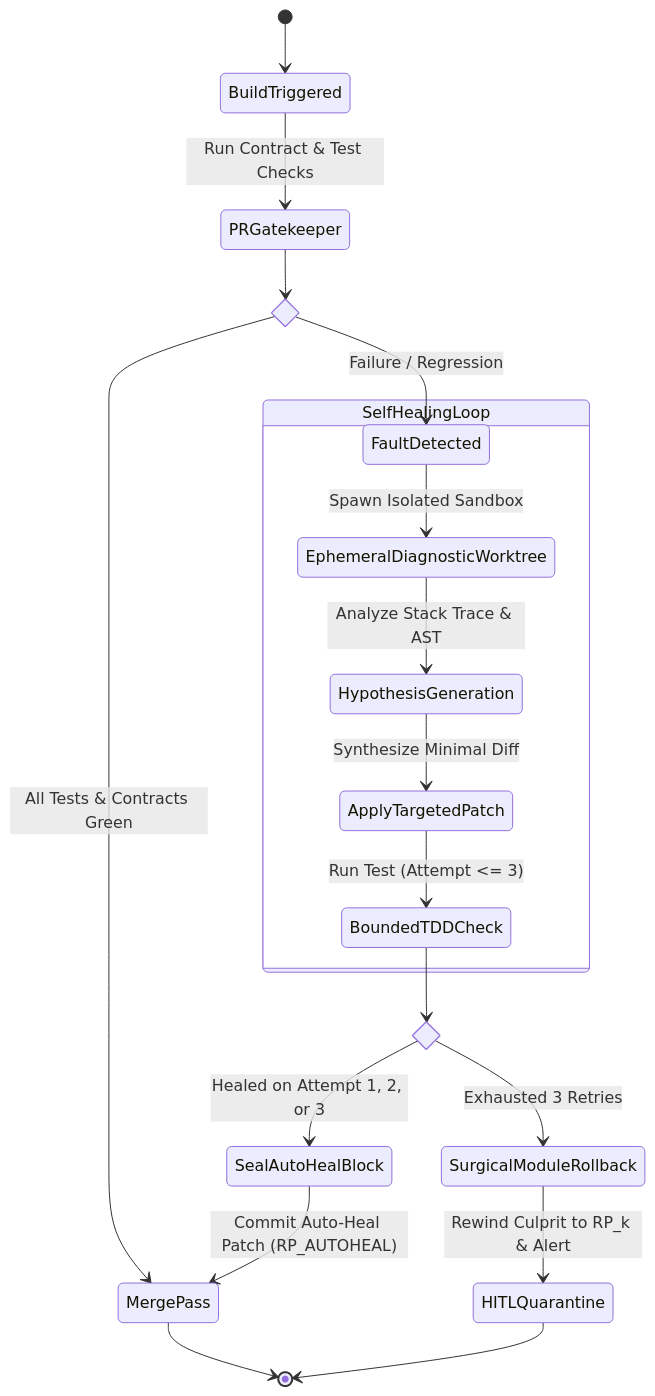
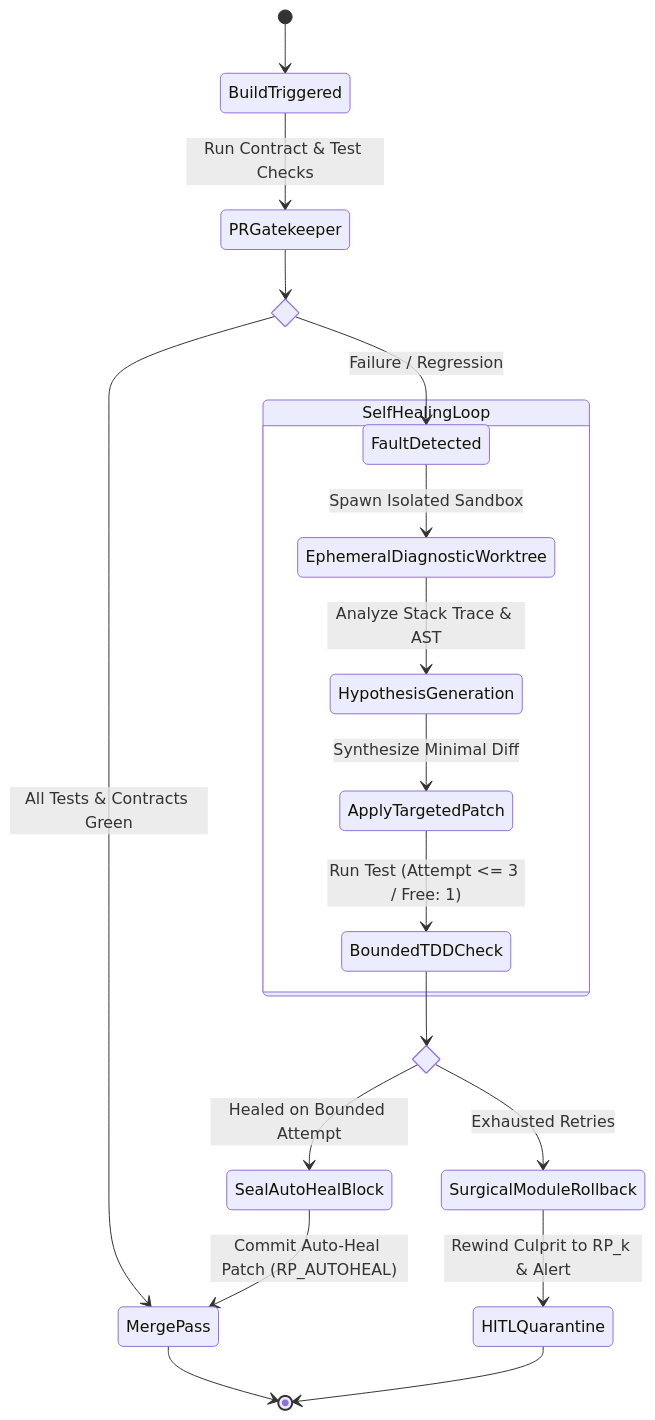
Before and after one commit to lakhwindersingh/nb_fairyfly: the second of 3 diagrams in workplace/docs/reports/autonomous_cicd_roadmap.md, drawn with Mermaid. The commit also changed other lines of this file and 120 other files, not shown here.

````diff
--- a/workplace/docs/reports/autonomous_cicd_roadmap.md
+++ b/workplace/docs/reports/autonomous_cicd_roadmap.md
@@ -48,30 +48,30 @@
 ```mermaid
 stateDiagram-v2
     [*] --> BuildTriggered
     BuildTriggered --> PRGatekeeper: Run Contract & Test Checks
     
     state DecisionGate <<choice>>
     PRGatekeeper --> DecisionGate
     
     DecisionGate --> MergePass: All Tests & Contracts Green
     DecisionGate --> FaultDetected: Failure / Regression
     
     state SelfHealingLoop {
         FaultDetected --> EphemeralDiagnosticWorktree: Spawn Isolated Sandbox
         EphemeralDiagnosticWorktree --> HypothesisGeneration: Analyze Stack Trace & AST
         HypothesisGeneration --> ApplyTargetedPatch: Synthesize Minimal Diff
-        ApplyTargetedPatch --> BoundedTDDCheck: Run Test (Attempt <= 3)
+        ApplyTargetedPatch --> BoundedTDDCheck: Run Test (Attempt <= 3 / Free: 1)
     }
     
     state ResolutionGate <<choice>>
     BoundedTDDCheck --> ResolutionGate
     
-    ResolutionGate --> SealAutoHealBlock: Healed on Attempt 1, 2, or 3
-    ResolutionGate --> SurgicalModuleRollback: Exhausted 3 Retries
+    ResolutionGate --> SealAutoHealBlock: Healed on Bounded Attempt
+    ResolutionGate --> SurgicalModuleRollback: Exhausted Retries
     
     SealAutoHealBlock --> MergePass: Commit Auto-Heal Patch (RP_AUTOHEAL)
     SurgicalModuleRollback --> HITLQuarantine: Rewind Culprit to RP_k & Alert
     
     MergePass --> [*]
     HITLQuarantine --> [*]
 ```
````
